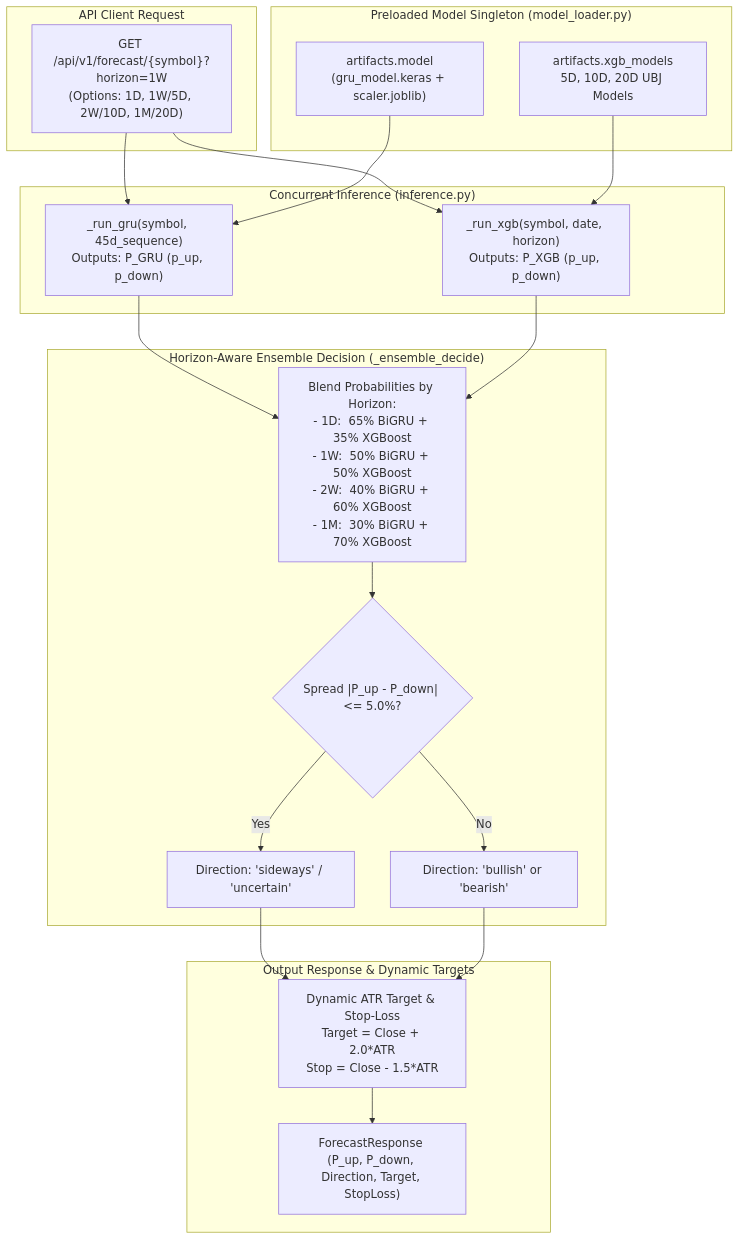
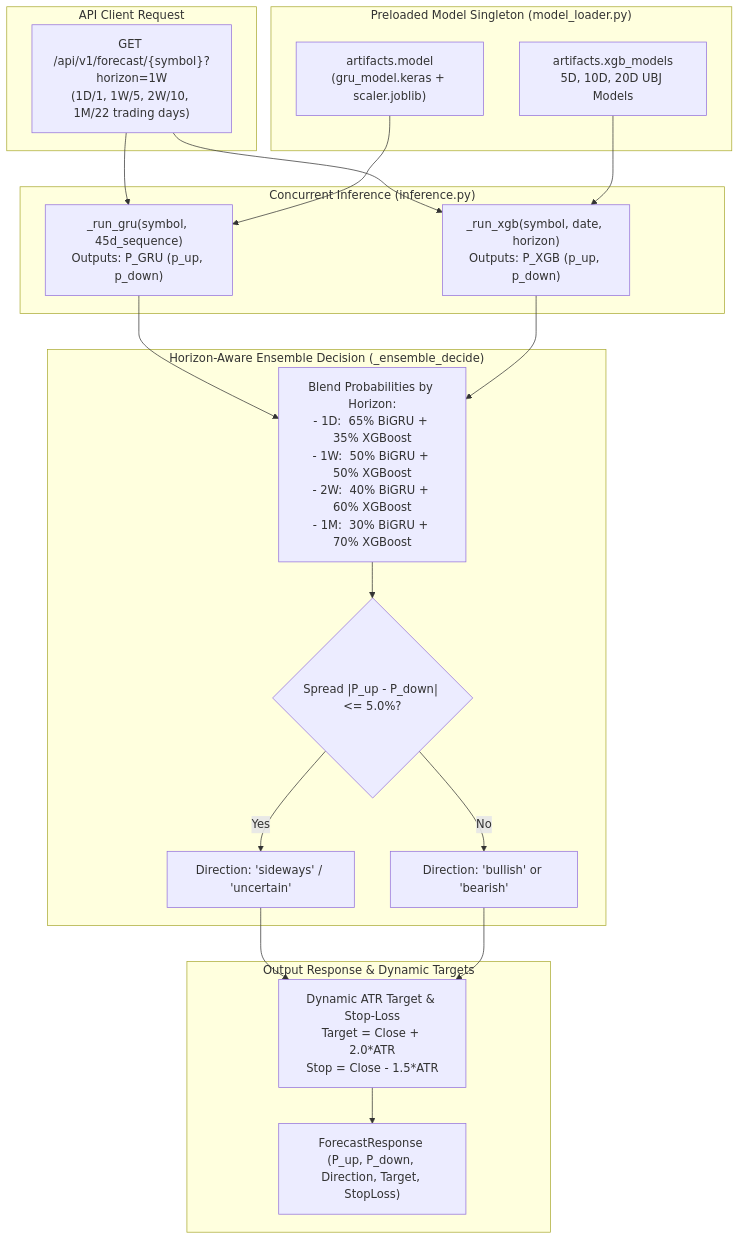
Before and after one commit to iahmedd-k/Basarat-fyp-official: the diagram in docs/09-ai-ml/07-ml-deployment-inference.md, drawn with Mermaid. The commit also changed 119 other files, not shown here.

````diff
--- a/docs/09-ai-ml/07-ml-deployment-inference.md
+++ b/docs/09-ai-ml/07-ml-deployment-inference.md
@@ -7,39 +7,39 @@
 ```mermaid
 flowchart TD
     subgraph ClientReq ["API Client Request"]
-        REQ["GET /api/v1/forecast/{symbol}?horizon=1W<br/>(Options: 1D, 1W/5D, 2W/10D, 1M/20D)"]
+        REQ["GET /api/v1/forecast/{symbol}?horizon=1W<br/>(1D/1, 1W/5, 2W/10, 1M/22 trading days)"]
     end
 
     subgraph MemoryLoaded ["Preloaded Model Singleton (model_loader.py)"]
         GRU_IN_MEM["artifacts.model<br/>(gru_model.keras + scaler.joblib)"]
         XGB_IN_MEM["artifacts.xgb_models<br/>5D, 10D, 20D UBJ Models"]
     end
 
     subgraph ConcurrentExecution ["Concurrent Inference (inference.py)"]
         GRU_RUN["_run_gru(symbol, 45d_sequence)<br/>Outputs: P_GRU (p_up, p_down)"]
         XGB_RUN["_run_xgb(symbol, date, horizon)<br/>Outputs: P_XGB (p_up, p_down)"]
     end
 
     subgraph BlendingEngine ["Horizon-Aware Ensemble Decision (_ensemble_decide)"]
         DECIDE["Blend Probabilities by Horizon:<br/>- 1D:  65% BiGRU + 35% XGBoost<br/>- 1W:  50% BiGRU + 50% XGBoost<br/>- 2W:  40% BiGRU + 60% XGBoost<br/>- 1M:  30% BiGRU + 70% XGBoost"]
         NEAR_TIE{"Spread |P_up - P_down| <= 5.0%?"}
         NEAR_TIE -->|Yes| UNCERTAIN["Direction: 'sideways' / 'uncertain'"]
         NEAR_TIE -->|No| DIRECTION["Direction: 'bullish' or 'bearish'"]
     end
 
     subgraph ResponseBuilding ["Output Response & Dynamic Targets"]
         TARGET_STOP["Dynamic ATR Target & Stop-Loss<br/>Target = Close + 2.0*ATR<br/>Stop = Close - 1.5*ATR"]
         RETURN["ForecastResponse (P_up, P_down, Direction, Target, StopLoss)"]
     end
 
     REQ --> GRU_RUN
     REQ --> XGB_RUN
     GRU_IN_MEM --> GRU_RUN
     XGB_IN_MEM --> XGB_RUN
     GRU_RUN --> DECIDE
     XGB_RUN --> DECIDE
     DECIDE --> NEAR_TIE
     UNCERTAIN --> TARGET_STOP
     DIRECTION --> TARGET_STOP
     TARGET_STOP --> RETURN
 ```
````
